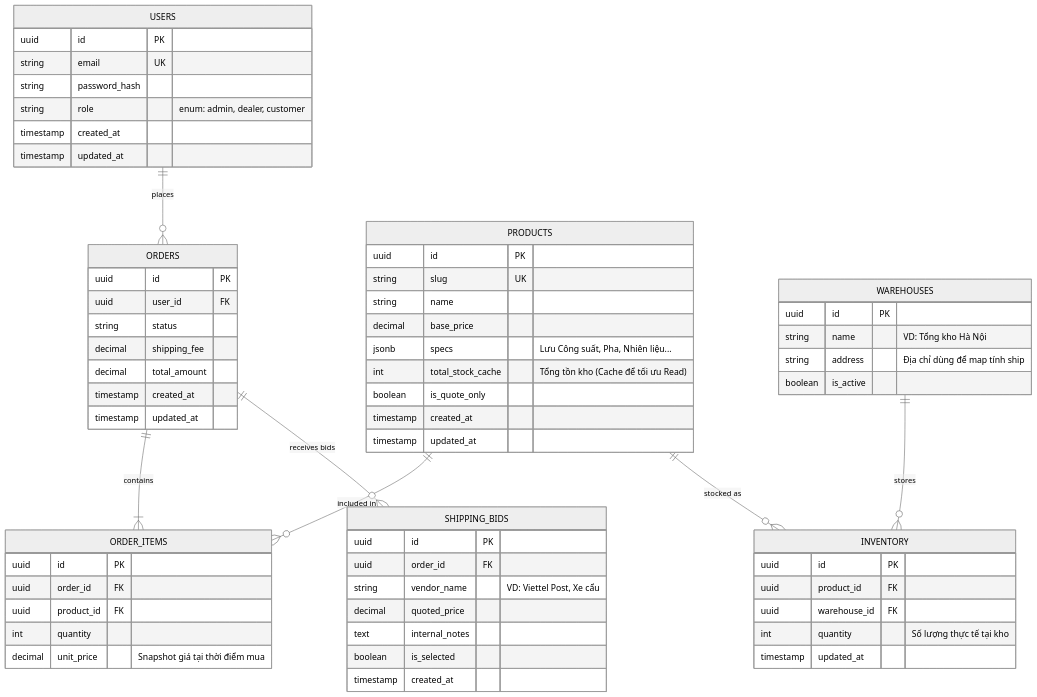
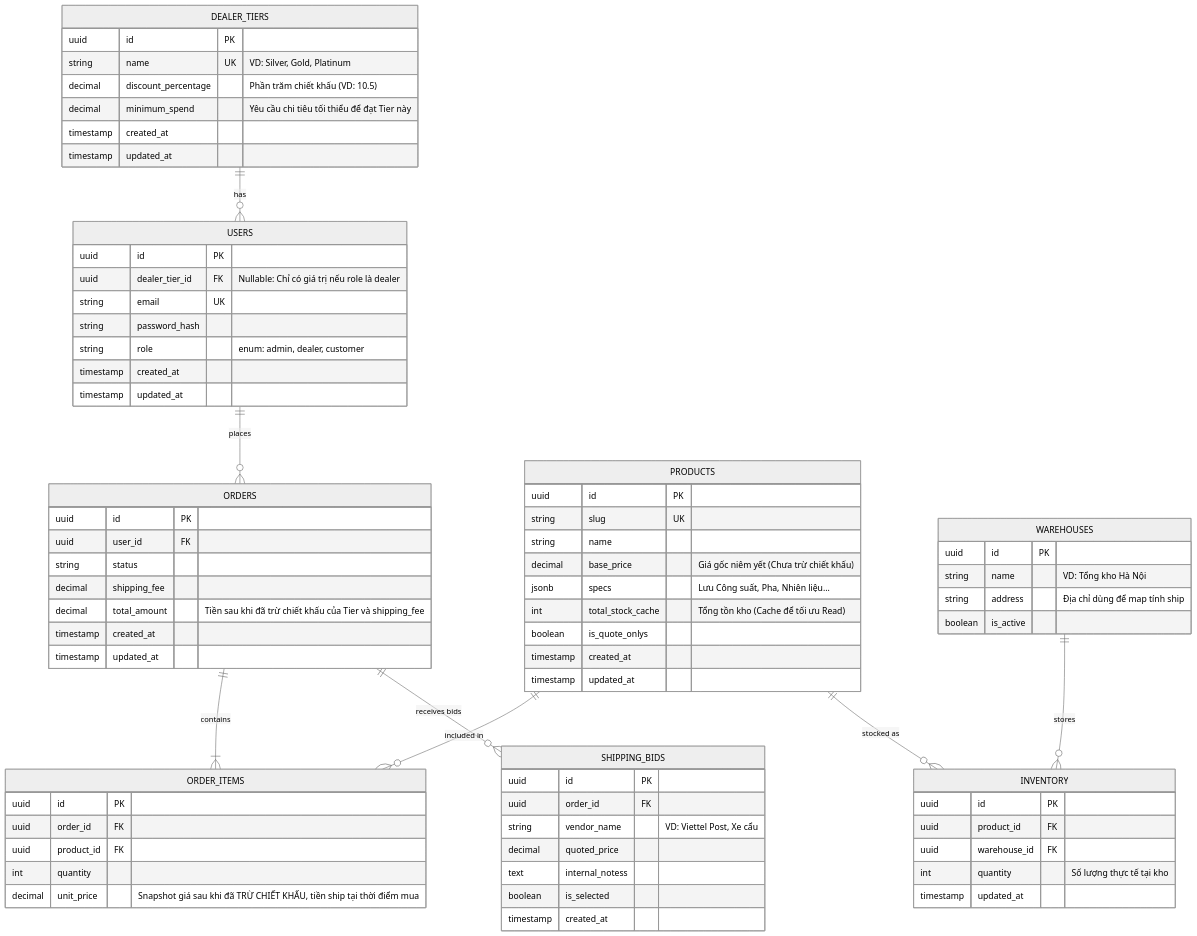
Before and after one commit to ngxccc/hyundai-ecommerce: the diagram in docs/03-database-schema.md, drawn with Mermaid (neutral theme). The commit also changed other lines of this file, not shown here.

Commit message:
feat(03-database-schema.md): enhance database schema documentation with dealer tiers and updated relationships

````diff
--- a/docs/03-database-schema.md
+++ b/docs/03-database-schema.md
@@ -9,6 +9,7 @@
 ```mermaid
 erDiagram
   %% RELATIONSHIPS
+  DEALER_TIERS ||--o{ USERS : "has"
   USERS ||--o{ ORDERS : "places"
   PRODUCTS ||--o{ ORDER_ITEMS : "included in"
   ORDERS ||--|{ ORDER_ITEMS : "contains"
@@ -16,9 +17,19 @@
   WAREHOUSES ||--o{ INVENTORY : "stores"
   PRODUCTS ||--o{ INVENTORY : "stocked as"
 
+  DEALER_TIERS {
+    uuid id PK
+    string name UK "VD: Silver, Gold, Platinum"
+    decimal discount_percentage "Phần trăm chiết khấu (VD: 10.5)"
+    decimal minimum_spend "Yêu cầu chi tiêu tối thiểu để đạt Tier này"
+    timestamp created_at
+    timestamp updated_at
+  }
+
   %% ENTITIES (Thực thể)
   USERS {
     uuid id PK
+    uuid dealer_tier_id FK "Nullable: Chỉ có giá trị nếu role là dealer"
     string email UK
     string password_hash
     string role "enum: admin, dealer, customer"
@@ -30,10 +41,10 @@
     uuid id PK
     string slug UK
     string name
-    decimal base_price
+    decimal base_price "Giá gốc niêm yết (Chưa trừ chiết khấu)"
     jsonb specs "Lưu Công suất, Pha, Nhiên liệu..."
     int total_stock_cache "Tổng tồn kho (Cache để tối ưu Read)"
-    boolean is_quote_only
+    boolean is_quote_onlys
     timestamp created_at
     timestamp updated_at
   }
@@ -58,7 +69,7 @@
     uuid user_id FK
     string status
     decimal shipping_fee
-    decimal total_amount
+    decimal total_amount "Tiền sau khi đã trừ chiết khấu của Tier và shipping_fee"
     timestamp created_at
     timestamp updated_at
   }
@@ -68,7 +79,7 @@
     uuid order_id FK
     uuid product_id FK
     int quantity
-    decimal unit_price "Snapshot giá tại thời điểm mua"
+    decimal unit_price "Snapshot giá sau khi đã TRỪ CHIẾT KHẤU, tiền ship tại thời điểm mua"
   }
 
   SHIPPING_BIDS {
@@ -76,7 +87,7 @@
     uuid order_id FK
     string vendor_name "VD: Viettel Post, Xe cẩu"
     decimal quoted_price
-    text internal_notes
+    text internal_notess
     boolean is_selected
     timestamp created_at
   }
````
